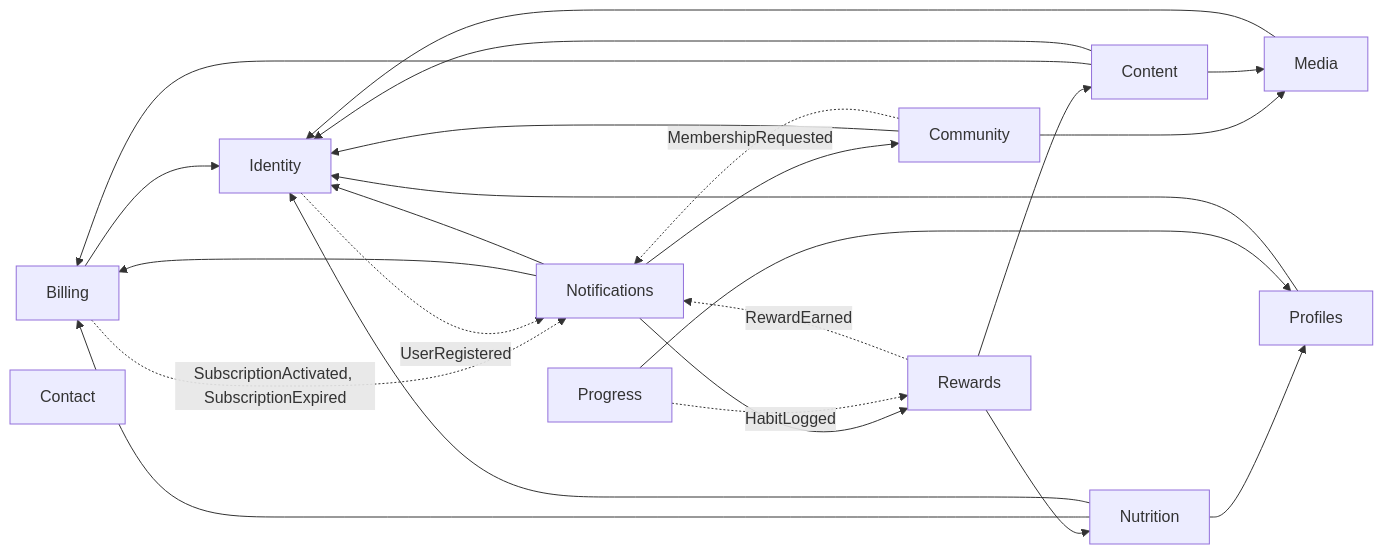
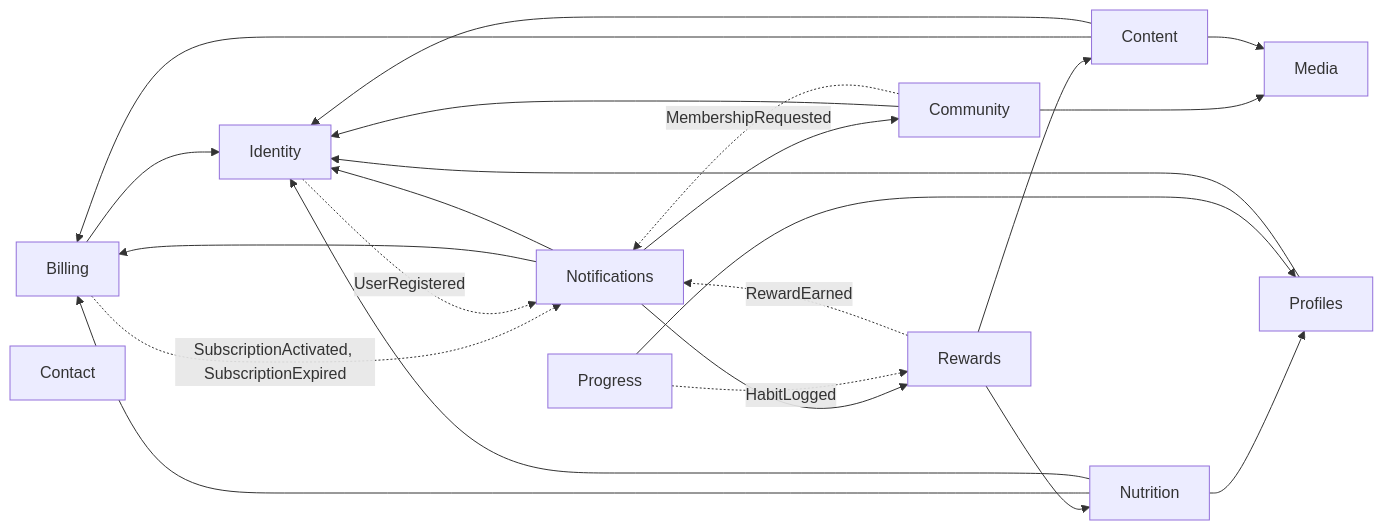
The diagram in docs/modules.md (vfernandezg-dev/healthy-bites-api), drawn with Mermaid before and after one commit. The commit also changed other lines of this file and 28 other files, not shown here.

````diff
--- a/docs/modules.md
+++ b/docs/modules.md
@@ -10,37 +10,36 @@
 ```mermaid
 flowchart LR
     billing["Billing"]
     community["Community"]
     contact["Contact"]
     content["Content"]
     identity["Identity"]
     media["Media"]
     notifications["Notifications"]
     nutrition["Nutrition"]
     profiles["Profiles"]
     progress["Progress"]
     rewards["Rewards"]
     billing --> identity
     community --> identity
     community --> media
     content --> billing
     content --> identity
     content --> media
-    media --> identity
     notifications --> billing
     notifications --> community
     notifications --> identity
     notifications --> rewards
     nutrition --> billing
     nutrition --> identity
     nutrition --> profiles
     profiles --> identity
     progress --> profiles
     rewards --> content
     rewards --> nutrition
     billing -. "SubscriptionActivated, SubscriptionExpired" .-> notifications
     community -. "MembershipRequested" .-> notifications
     identity -. "UserRegistered" .-> notifications
     progress -. "HabitLogged" .-> rewards
     rewards -. "RewardEarned" .-> notifications
 ```
````
